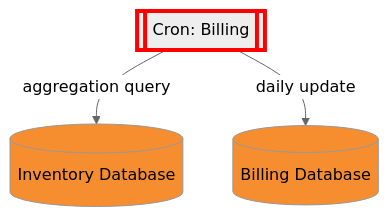
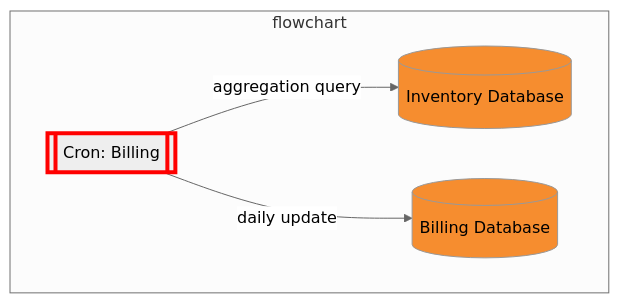
One commit to CDLUC3/mrt-doc changed the diagram in diagrams/billing.mmd. Above: the diagram before and after it, drawn with Mermaid. The commit also changed 34 other files, not shown here.

```diff
--- a/diagrams/billing.mmd
+++ b/diagrams/billing.mmd
@@ -1,12 +1,14 @@
 %%{init: {'theme': 'neutral'}}%%
 graph TD
   RDSINV[(Inventory Database)]
   RDSBILL[(Billing Database)]
   BILLCRON[[Cron: Billing]]
 
-  BILLCRON --> |aggregation query| RDSINV
-  BILLCRON --> |daily update| RDSBILL
+  subgraph flowchart
+    BILLCRON --> |aggregation query| RDSINV
+    BILLCRON --> |daily update| RDSBILL
+  end
 
   style RDSINV fill:#F68D2F
   style RDSBILL fill:#F68D2F
   style BILLCRON stroke:red,stroke-width:4px
```
